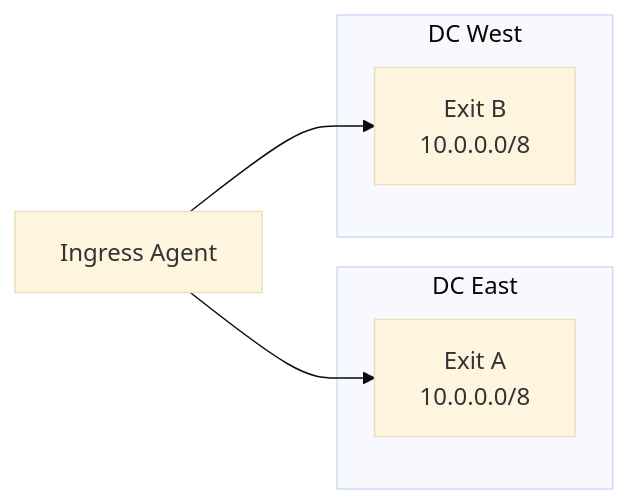
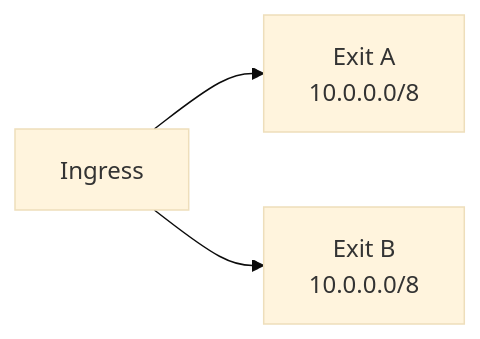
One commit to Muti-Metroo/Muti-Metroo changed the second of 4 diagrams in docs/docs/deployment/high-availability.md. Above: the diagram before and after it, drawn with Mermaid (base theme). The commit also changed other lines of this file and 156 other files, not shown here.

````diff
--- a/docs/docs/deployment/high-availability.md
+++ b/docs/docs/deployment/high-availability.md
@@ -111,15 +91,5 @@
 ```mermaid
 flowchart LR
-    I[Ingress Agent]
-
-    subgraph DC East
-        EA["Exit A<br/>10.0.0.0/8"]
-    end
-
-    subgraph DC West
-        EB["Exit B<br/>10.0.0.0/8"]
-    end
-
-    I --> EA
-    I --> EB
+    I[Ingress] --> EA["Exit A<br/>10.0.0.0/8"]
+    I --> EB["Exit B<br/>10.0.0.0/8"]
 ```
````
